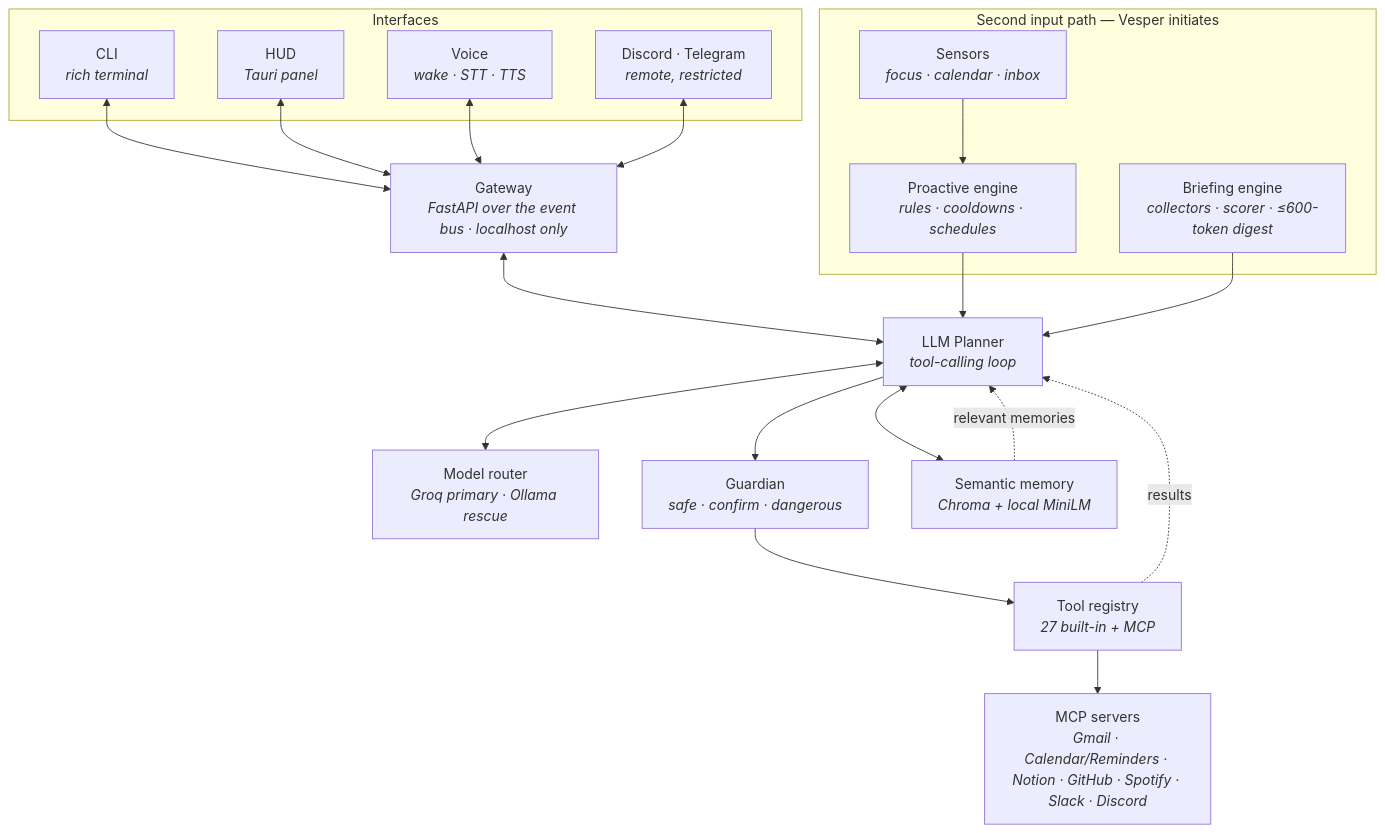
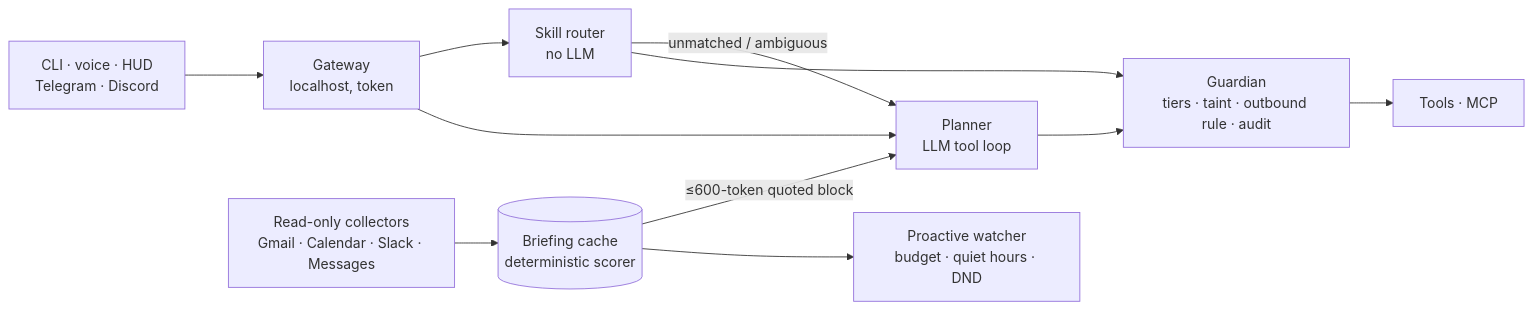
The diagram in README.md (ParrvLuthra22/vesper), drawn with Mermaid before and after one commit. The commit also changed other lines of this file, not shown here.

````diff
--- a/README.md
+++ b/README.md
@@ -40,37 +123,12 @@
 ```mermaid
-flowchart TB
-    subgraph Interfaces
-        CLI["CLI<br/><i>rich terminal</i>"]
-        HUD["HUD<br/><i>Tauri panel</i>"]
-        VOICE["Voice<br/><i>wake · STT · TTS</i>"]
-        REMOTE["Discord · Telegram<br/><i>remote, restricted</i>"]
-    end
-
-    GW["Gateway<br/><i>FastAPI over the event bus · localhost only</i>"]
-
-    subgraph Proactive["Second input path — Vesper initiates"]
-        SENSORS["Sensors<br/><i>focus · calendar · inbox</i>"]
-        ENGINE["Proactive engine<br/><i>rules · cooldowns · schedules</i>"]
-        BRIEF["Briefing engine<br/><i>collectors · scorer · ≤600-token digest</i>"]
-    end
-
-    PLANNER["LLM Planner<br/><i>tool-calling loop</i>"]
-    ROUTER["Model router<br/><i>Groq primary · Ollama rescue</i>"]
-    GUARD["Guardian<br/><i>safe · confirm · dangerous</i>"]
-    TOOLS["Tool registry<br/><i>27 built-in + MCP</i>"]
-    MCP["MCP servers<br/><i>Gmail · Calendar/Reminders · Notion · GitHub · Spotify · Slack · Discord</i>"]
-    MEM["Semantic memory<br/><i>Chroma + local MiniLM</i>"]
-
-    CLI <--> GW
-    HUD <--> GW
-    VOICE <--> GW
-    REMOTE <--> GW
-    GW <--> PLANNER
-    SENSORS --> ENGINE --> PLANNER
-    BRIEF --> PLANNER
-    PLANNER <--> ROUTER
-    PLANNER --> GUARD --> TOOLS --> MCP
-    PLANNER <--> MEM
-    MEM -. "relevant memories" .-> PLANNER
-    TOOLS -. "results" .-> PLANNER
+flowchart LR
+    IN["CLI · voice · HUD<br/>Telegram · Discord"] --> GW["Gateway<br/>localhost, token"]
+    GW --> RT["Skill router<br/>no LLM"]
+    GW --> PL["Planner<br/>LLM tool loop"]
+    RT -->|"unmatched / ambiguous"| PL
+    RT --> GD["Guardian<br/>tiers · taint · outbound rule · audit"]
+    PL --> GD --> TOOLS["Tools · MCP"]
+    COL["Read-only collectors<br/>Gmail · Calendar · Slack · Messages"] --> CACHE[("Briefing cache<br/>deterministic scorer")]
+    CACHE -->|"≤600-token quoted block"| PL
+    CACHE --> WATCH["Proactive watcher<br/>budget · quiet hours · DND"]
 ```
````
